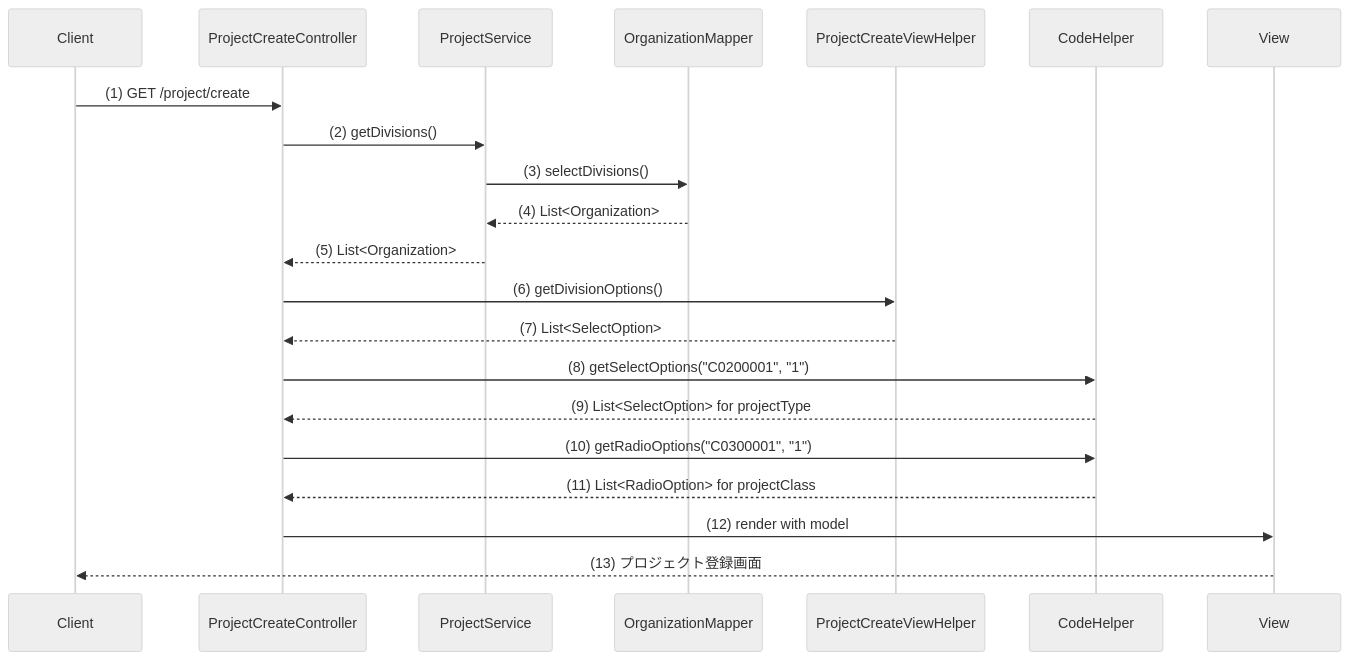
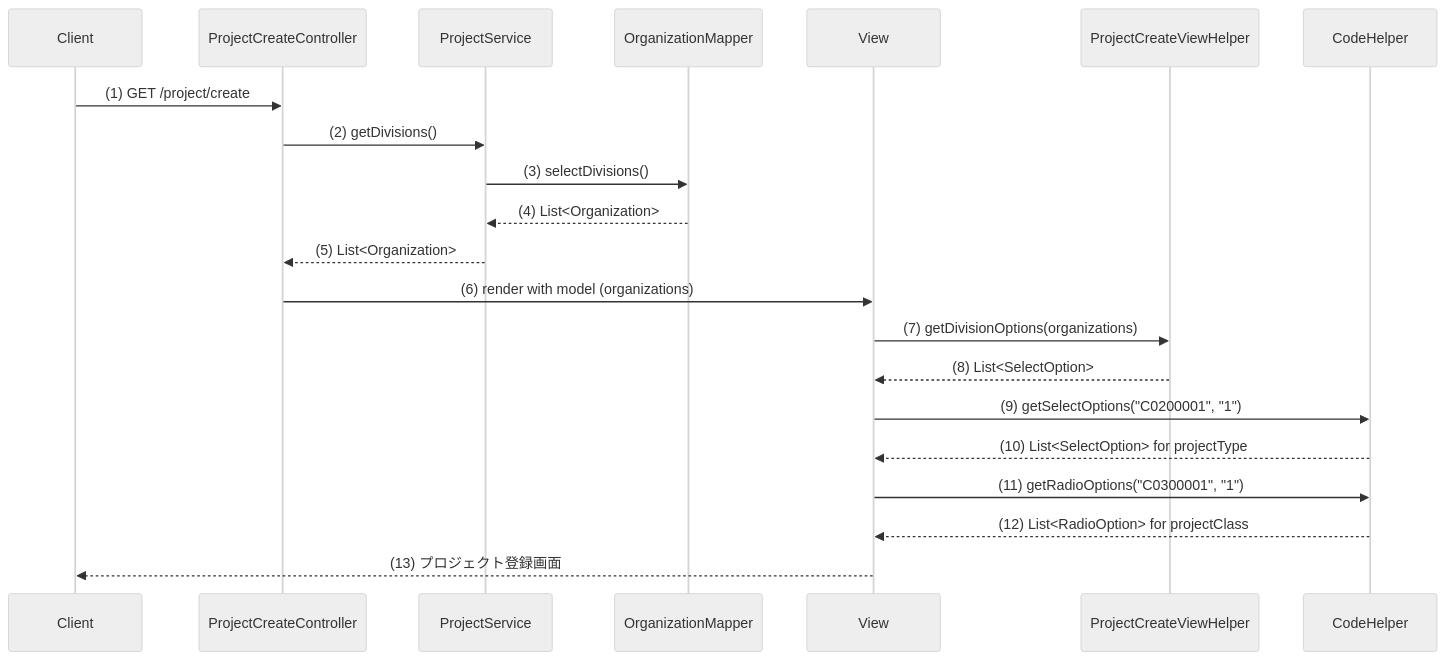
One commit to nagaoka-aya/rta-with-ai-2 changed the second of 5 diagrams in web/docs/plan/プロジェクト登録画面実装計画.md. Above: the diagram before and after it, drawn with Mermaid (neutral theme). The commit also changed other lines of this file, not shown here.

````diff
--- a/web/docs/plan/プロジェクト登録画面実装計画.md
+++ b/web/docs/plan/プロジェクト登録画面実装計画.md
@@ -107,28 +107,28 @@
 ```mermaid
 sequenceDiagram
     participant Client
     participant ProjectCreateController
     participant ProjectService
     participant OrganizationMapper
+    participant View
     participant ProjectCreateViewHelper
     participant CodeHelper
-    participant View
 
     Client ->> ProjectCreateController: (1) GET /project/create
     ProjectCreateController ->> ProjectService: (2) getDivisions()
     ProjectService ->> OrganizationMapper: (3) selectDivisions()
     OrganizationMapper -->> ProjectService: (4) List<Organization>
     ProjectService -->> ProjectCreateController: (5) List<Organization>
     
-    ProjectCreateController ->> ProjectCreateViewHelper: (6) getDivisionOptions()
-    ProjectCreateViewHelper -->> ProjectCreateController: (7) List<SelectOption>
+    ProjectCreateController ->> View: (6) render with model (organizations)
+    View ->> ProjectCreateViewHelper: (7) getDivisionOptions(organizations)
+    ProjectCreateViewHelper -->> View: (8) List<SelectOption>
     
-    ProjectCreateController ->> CodeHelper: (8) getSelectOptions("C0200001", "1")
-    CodeHelper -->> ProjectCreateController: (9) List<SelectOption> for projectType
+    View ->> CodeHelper: (9) getSelectOptions("C0200001", "1")
+    CodeHelper -->> View: (10) List<SelectOption> for projectType
     
-    ProjectCreateController ->> CodeHelper: (10) getRadioOptions("C0300001", "1")
-    CodeHelper -->> ProjectCreateController: (11) List<RadioOption> for projectClass
+    View ->> CodeHelper: (11) getRadioOptions("C0300001", "1")
+    CodeHelper -->> View: (12) List<RadioOption> for projectClass
     
-    ProjectCreateController ->> View: (12) render with model
     View -->> Client: (13) プロジェクト登録画面
 ```
````
